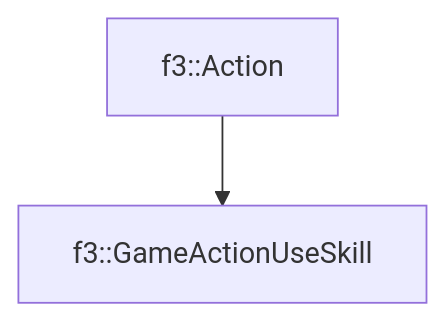
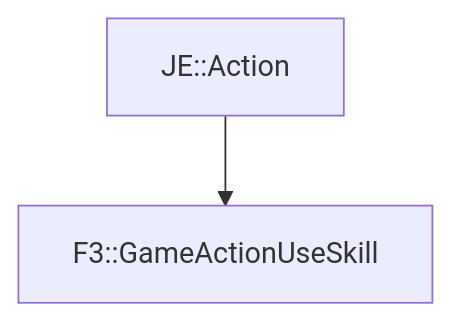
The diagram in docs/f3/GameActionUseSkill.md (OpenJE/openvb), drawn with Mermaid before and after one commit. The commit also changed other lines of this file and 1399 other files, not shown here.

````diff
--- a/docs/f3/GameActionUseSkill.md
+++ b/docs/f3/GameActionUseSkill.md
@@ -16,4 +16,4 @@
 ```mermaid
 graph TD;
-    f3::Action --> f3::GameActionUseSkill
+    JE::Action --> F3::GameActionUseSkill
 ```
````
